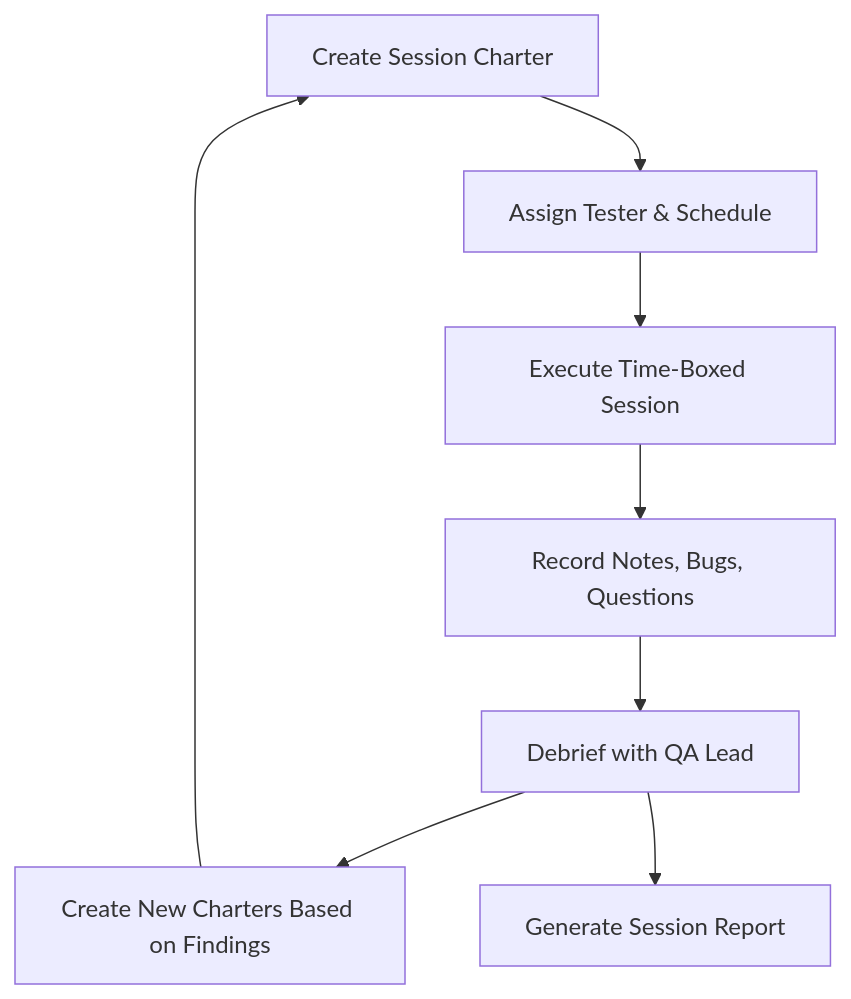
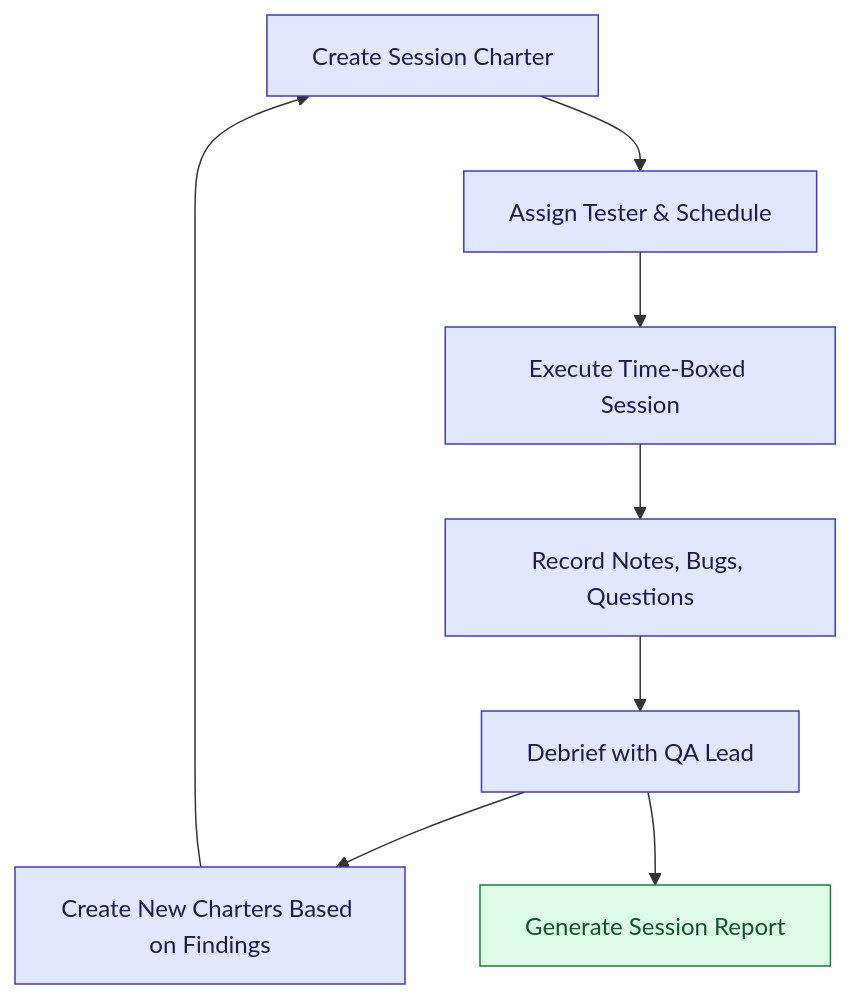
The fourth of 6 diagrams in Part_12_QA_Best_Practices_Modern_Trends.md (ghanendra-sdet/manual-testing-playbook), drawn with Mermaid before and after one commit. The commit also changed other lines of this file and 15 other files, not shown here.

Commit message:
Fix broken routes and anchors; update OWASP 2025, ISTQB v4.0, WCAG 2.2, Jira/Zephyr naming and pricing; style diagrams

````diff
--- a/Part_12_QA_Best_Practices_Modern_Trends.md
+++ b/Part_12_QA_Best_Practices_Modern_Trends.md
@@ -487,10 +494,18 @@
 ```mermaid
 flowchart TD
     A["Create Session Charter"] --> B["Assign Tester & Schedule"]
     B --> C["Execute Time-Boxed Session"]
     C --> D["Record Notes, Bugs, Questions"]
     D --> E["Debrief with QA Lead"]
     E --> F["Create New Charters Based on Findings"]
     F --> A
     E --> G["Generate Session Report"]
+
+    classDef start fill:#dbeafe,stroke:#1d4ed8,color:#1e3a8a
+    classDef step fill:#e0e7ff,stroke:#4338ca,color:#1e1b4b
+    classDef decision fill:#fef3c7,stroke:#b45309,color:#78350f
+    classDef good fill:#dcfce7,stroke:#15803d,color:#14532d
+    classDef bad fill:#fee2e2,stroke:#b91c1c,color:#7f1d1d
+    class A,B,C,D,E,F step
+    class G good
 ```
````
